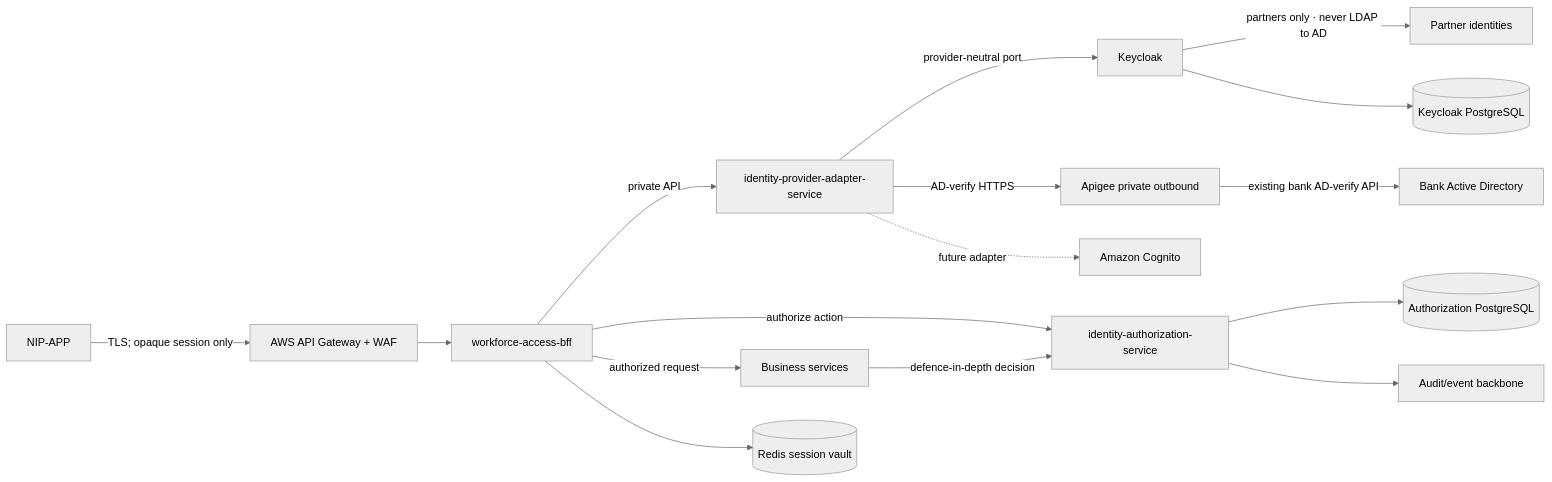
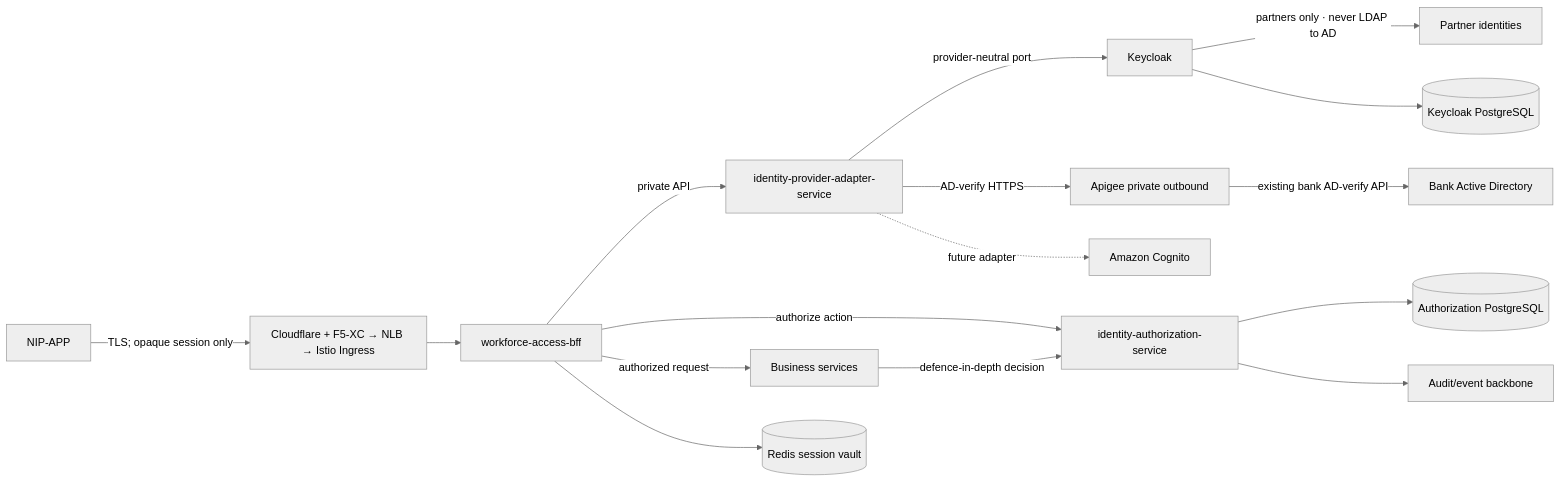
One commit to Mahesh38/bank-insurance-platform changed the diagram in docs/platform/authentication-authorization/README.md. Above: the diagram before and after it, drawn with Mermaid (neutral theme). The commit also changed other lines of this file and 49 other files, not shown here.

First line of the commit message:
ADR-023: Fully adapt R0 to NLB + Istio (API Gateway withdrawn) (#141)

````diff
--- a/docs/platform/authentication-authorization/README.md
+++ b/docs/platform/authentication-authorization/README.md
@@ -52,18 +52,18 @@
 ```mermaid
 flowchart LR
-    NipApp[NIP-APP] -->|TLS; opaque session only| Gateway[AWS API Gateway + WAF]
-    Gateway --> BFF[workforce-access-bff]
+    NipApp[NIP-APP] -->|TLS; opaque session only| Edge[Cloudflare + F5-XC → NLB → Istio Ingress]
+    Edge --> BFF[workforce-access-bff]
     BFF -->|private API| Adapter[identity-provider-adapter-service]
     BFF -->|authorize action| Authz[identity-authorization-service]
     BFF -->|authorized request| Domain[Business services]
     Domain -->|defence-in-depth decision| Authz
     Adapter -->|provider-neutral port| Keycloak[Keycloak]
     Adapter -->|AD-verify HTTPS| Apigee[Apigee private outbound]
     Apigee -->|existing bank AD-verify API| AD[Bank Active Directory]
     Keycloak -->|partners only · never LDAP to AD| Partners[Partner identities]
     Adapter -.future adapter.-> Cognito[Amazon Cognito]
     Authz --> AuthzDb[(Authorization PostgreSQL)]
     Keycloak --> KeycloakDb[(Keycloak PostgreSQL)]
     BFF --> Sessions[(Redis session vault)]
     Authz --> Events[Audit/event backbone]
 ```
````
